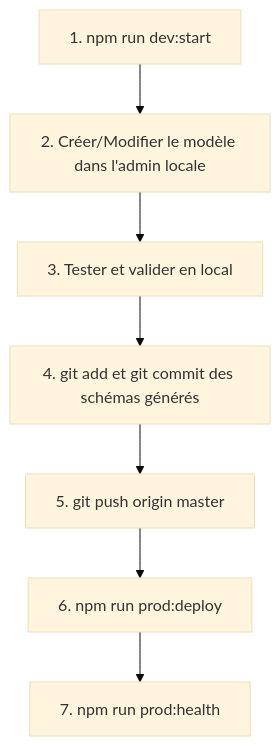
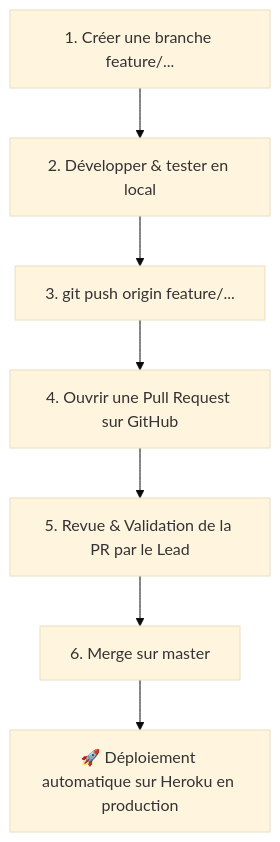
One commit to koddyb/mon-strapi-cms changed the diagram in README.md. Above: the diagram before and after it, drawn with Mermaid (base theme). The commit also changed other lines of this file and 1 other file, not shown here.

Commit message:
docs: mise a jour du workflow collaboratif PR et CI/CD Heroku

````diff
--- a/README.md
+++ b/README.md
@@ -120,9 +120,9 @@
 ```mermaid
 graph TD
-    A[1. npm run dev:start] --> B[2. Créer/Modifier le modèle dans l'admin locale]
-    B --> C[3. Tester et valider en local]
-    C --> D[4. git add et git commit des schémas générés]
-    D --> E[5. git push origin master]
-    E --> F[6. npm run prod:deploy]
-    F --> G[7. npm run prod:health]
+    A[1. Créer une branche feature/...] --> B[2. Développer & tester en local]
+    B --> C[3. git push origin feature/...]
+    C --> D[4. Ouvrir une Pull Request sur GitHub]
+    D --> E[5. Revue & Validation de la PR par le Lead]
+    E --> F[6. Merge sur master]
+    F --> G[🚀 Déploiement automatique sur Heroku en production]
 ```
````
